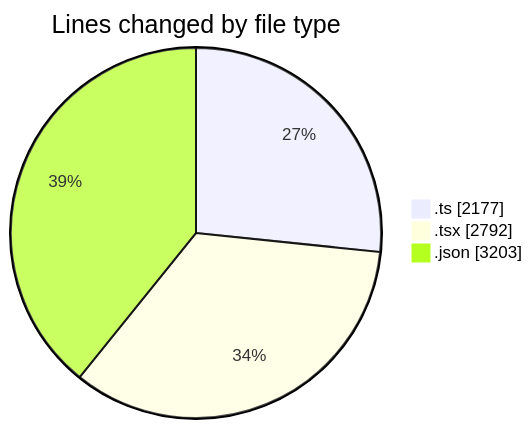
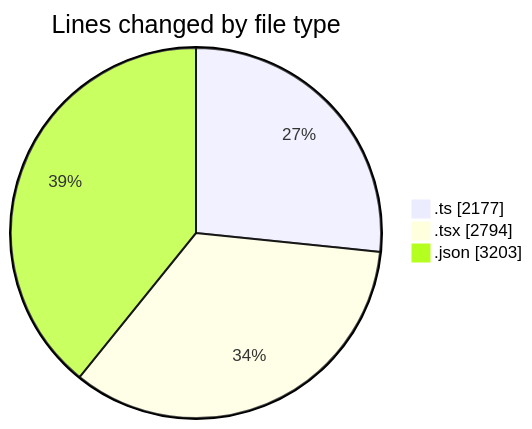
The first of 2 diagrams in 2025-10-23/eventscop-frontend-guide__workspace_/README.md (julien-gomy/code-tracking), drawn with Mermaid before and after one commit. The commit also changed other lines of this file and 1 other file, not shown here.

````diff
--- a/2025-10-23/eventscop-frontend-guide__workspace_/README.md
+++ b/2025-10-23/eventscop-frontend-guide__workspace_/README.md
@@ -41,7 +41,7 @@
 ```mermaid
 pie showData
 title Lines changed by file type
 ".ts" : 2177
-".tsx" : 2792
+".tsx" : 2794
 ".json" : 3203
 ```
````
